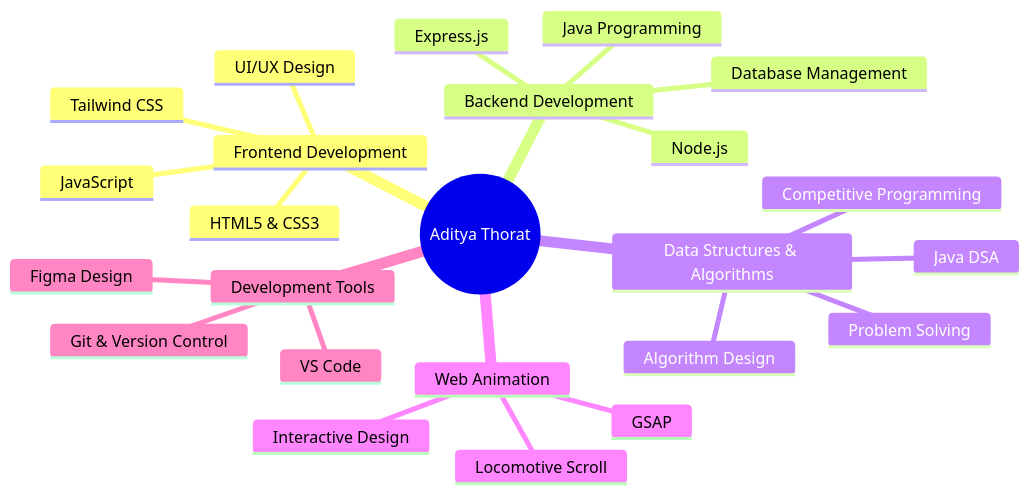
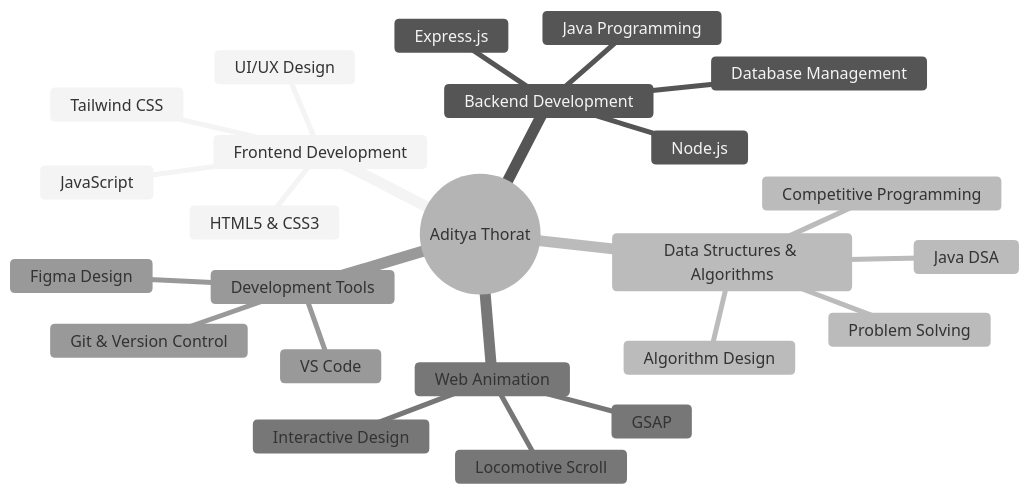
The diagram in README.md (AdiThorat-eth/AdiThorat-eth), drawn with Mermaid before and after one commit.

````diff
--- a/README.md
+++ b/README.md
@@ -81,27 +81,28 @@
 ```mermaid
+%%{init: {'theme':'neutral'}}%%
 mindmap
   root((Aditya Thorat))
     Frontend Development
       HTML5 & CSS3
       JavaScript
       Tailwind CSS
       UI/UX Design
     Backend Development
       Java Programming
       Node.js
       Express.js
       Database Management
     Data Structures & Algorithms
       Problem Solving
       Algorithm Design
       Java DSA
       Competitive Programming
     Web Animation
       GSAP
       Locomotive Scroll
       Interactive Design
     Development Tools
       Git & Version Control
       VS Code
       Figma Design
 ```
````
